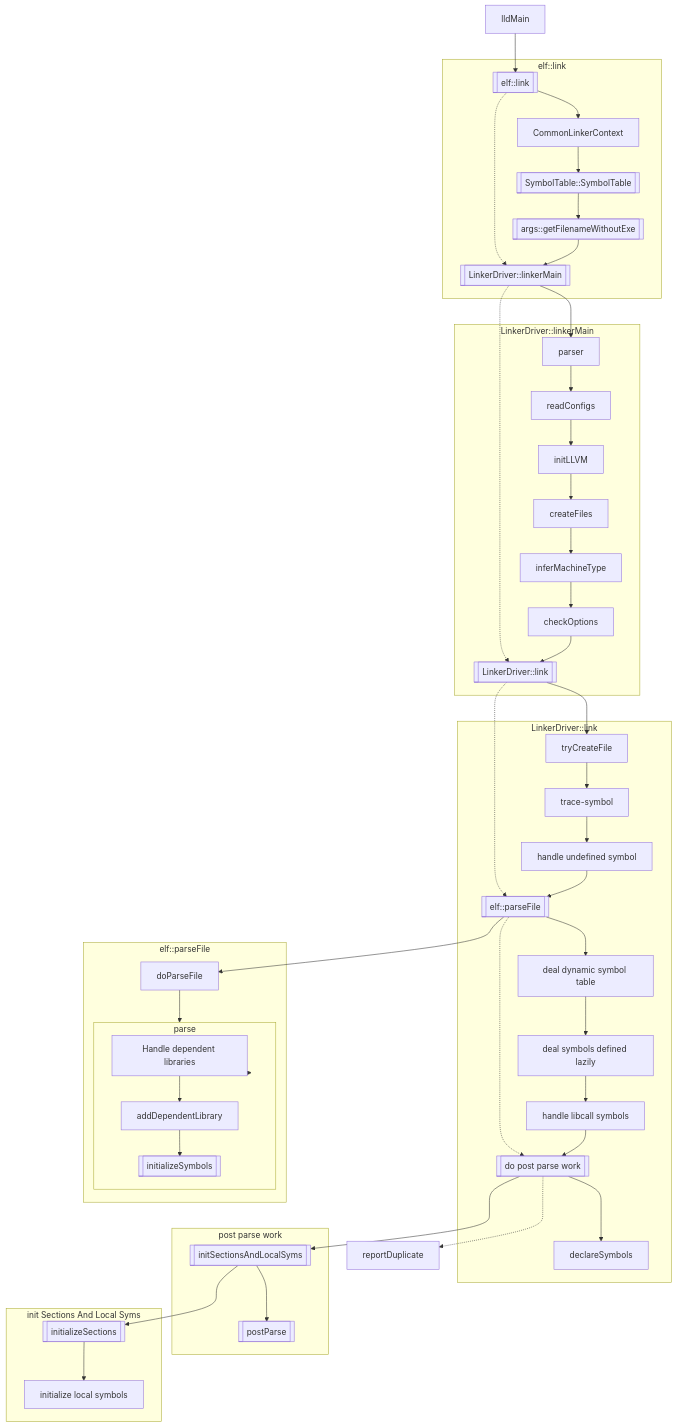
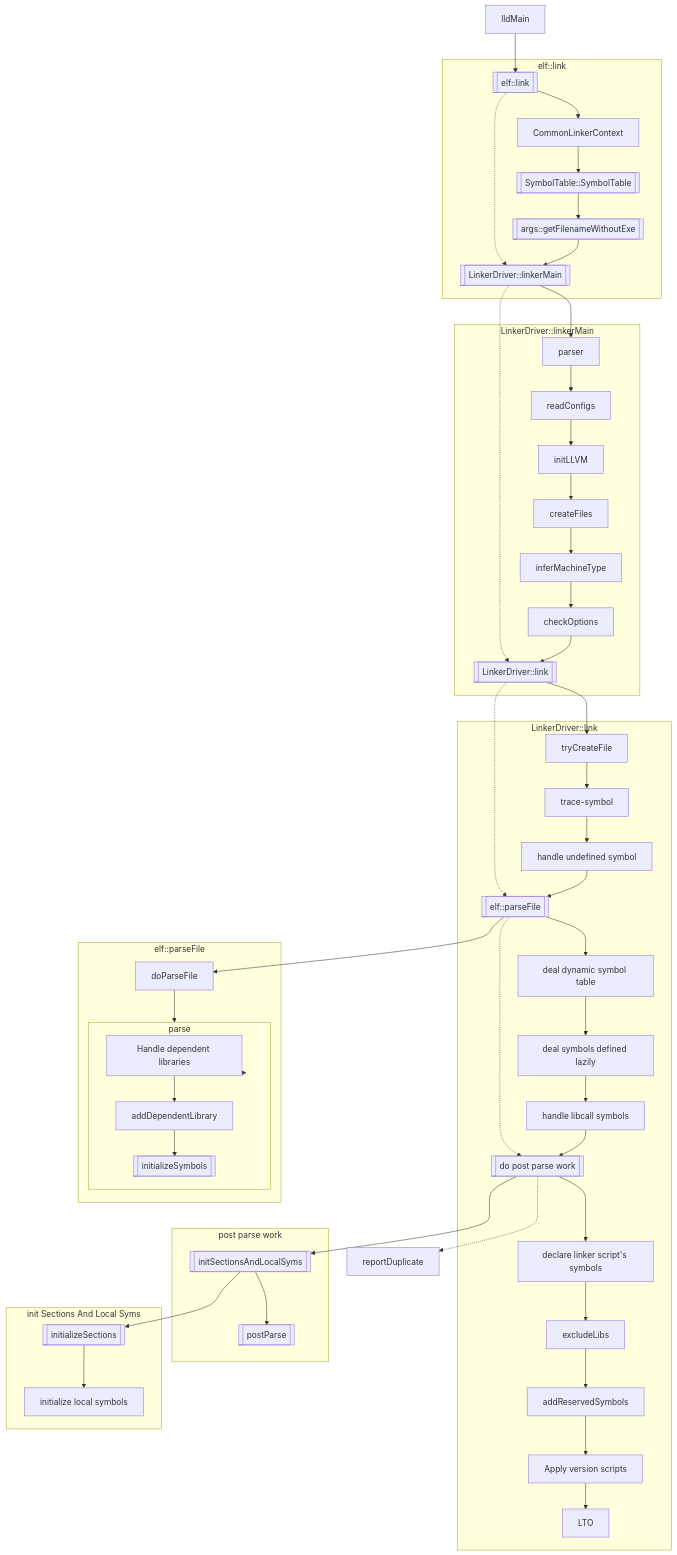
One commit to acelyb/MY-NOTE changed the first of 2 diagrams in compiler/llvm-note.md. Above: the diagram before and after it, drawn with Mermaid. The commit also changed other lines of this file, not shown here.

Commit message:
linker(llvm): Amend lld notes.

````diff
--- a/compiler/llvm-note.md
+++ b/compiler/llvm-note.md
@@ -9,59 +9,63 @@
 ```mermaid
 graph TD
     lldMain[lldMain] --> elflink[[elf::link]]
     elflink -.-> LinkerDriverlinkerMain[[LinkerDriver::linkerMain]]
     LinkerDriverlinkerMain -.-> LinkerDriverlink[[LinkerDriver::link]]
     LinkerDriverlink -.-> elfparseFile[[elf::parseFile]]
     elfparseFile -.-> dopostparse[[do post parse work]]
     dopostparse -.-> reportDuplicate
 
     subgraph elf::link
         elflink --> ctx[CommonLinkerContext]
         ctx --> SymbolTable[[SymbolTable::SymbolTable]]
         SymbolTable --> getFilenameWithoutExe[[args::getFilenameWithoutExe]]
         getFilenameWithoutExe --> LinkerDriverlinkerMain
     end
 
     subgraph LinkerDriver::linkerMain
         LinkerDriverlinkerMain --> parser
         parser --> readConfigs
         readConfigs --> initLLVM
         initLLVM --> createFiles
         createFiles --> inferMachineType
         inferMachineType --> checkOptions
         checkOptions --> LinkerDriverlink
     end
 
     subgraph LinkerDriver::link
         LinkerDriverlink --> tryCreateFile
         tryCreateFile --> trace-symbol
         trace-symbol --> handleundefined[handle undefined symbol]
         handleundefined --> elfparseFile
         elfparseFile --> hasDynSymTab[deal dynamic symbol table]
         hasDynSymTab --> deallazysymbol[deal symbols defined lazily]
         deallazysymbol --> handleLibcall[handle libcall symbols]
         handleLibcall --> dopostparse
-        dopostparse --> declareSymbols
+        dopostparse --> declareSymbols[declare linker script's symbols]
+        declareSymbols --> excludeLibs
+        excludeLibs --> addReservedSymbols
+        addReservedSymbols --> scanVersionScript[Apply version scripts]
+        scanVersionScript --> compileBitcodeFiles[LTO]
     end
 
     subgraph elf::parseFile
         elfparseFile --> doParseFile
         doParseFile --> parse[[parse]]
     end
 
     subgraph parse
         parse --> Handledependentlibraries[Handle dependent libraries]
         Handledependentlibraries --> addDependentLibrary
         addDependentLibrary --> initializeSymbols[[initializeSymbols]]
     end
 
     subgraph post parse work
         dopostparse --> initSectionsAndLocalSyms[[initSectionsAndLocalSyms]]
         initSectionsAndLocalSyms --> postParse[[postParse]]
     end
 
     subgraph init Sections And Local Syms
         initSectionsAndLocalSyms --> initializeSections[[initializeSections]]
         initializeSections --> initializeLocalSyms[initialize local symbols]
     end
 ```
````
